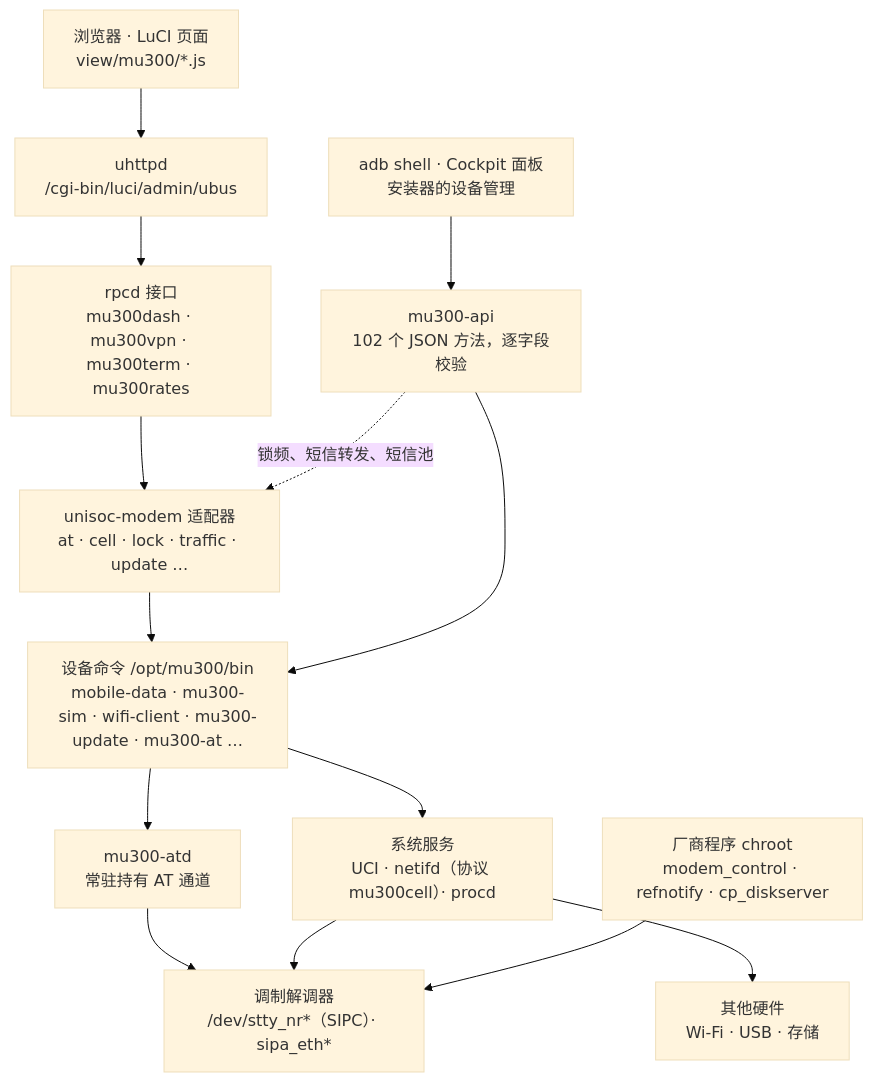
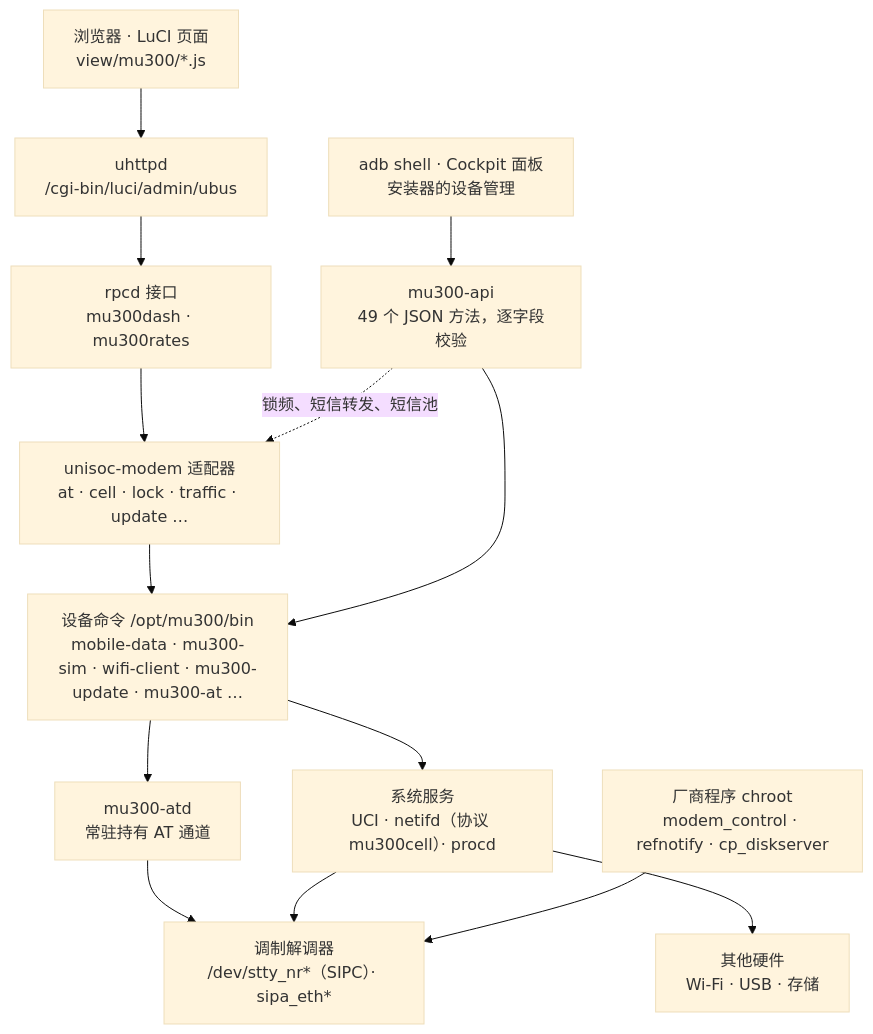
The second of 2 diagrams in docs/architecture/ARCHITECTURE.zh-CN.md (rirh/f50-liunx), drawn with Mermaid (base theme) before and after one commit. The commit also changed other lines of this file and 165 other files, not shown here.

````diff
--- a/docs/architecture/ARCHITECTURE.zh-CN.md
+++ b/docs/architecture/ARCHITECTURE.zh-CN.md
@@ -59,27 +59,27 @@
 ```mermaid
 flowchart TB
     browser["浏览器 · LuCI 页面<br/>view/mu300/*.js"]
     adb["adb shell · Cockpit 面板<br/>安装器的设备管理"]
 
     uhttpd["uhttpd<br/>/cgi-bin/luci/admin/ubus"]
-    rpcd["rpcd 接口<br/>mu300dash · mu300vpn · mu300term · mu300rates"]
+    rpcd["rpcd 接口<br/>mu300dash · mu300rates"]
     adapters["unisoc-modem 适配器<br/>at · cell · lock · traffic · update …"]
-    api["mu300-api<br/>102 个 JSON 方法，逐字段校验"]
+    api["mu300-api<br/>49 个 JSON 方法，逐字段校验"]
 
     cmds["设备命令 /opt/mu300/bin<br/>mobile-data · mu300-sim · wifi-client · mu300-update · mu300-at …"]
 
     atd["mu300-atd<br/>常驻持有 AT 通道"]
     sys["系统服务<br/>UCI · netifd（协议 mu300cell）· procd"]
     vendor["厂商程序 chroot<br/>modem_control · refnotify · cp_diskserver"]
 
     modem["调制解调器<br/>/dev/stty_nr*（SIPC）· sipa_eth*"]
     other["其他硬件<br/>Wi-Fi · USB · 存储"]
 
     browser --> uhttpd --> rpcd --> adapters --> cmds
     adb --> api --> cmds
     api -. "锁频、短信转发、短信池" .-> adapters
     cmds --> atd --> modem
     cmds --> sys --> other
     sys --> modem
     vendor --> modem
 ```
````
